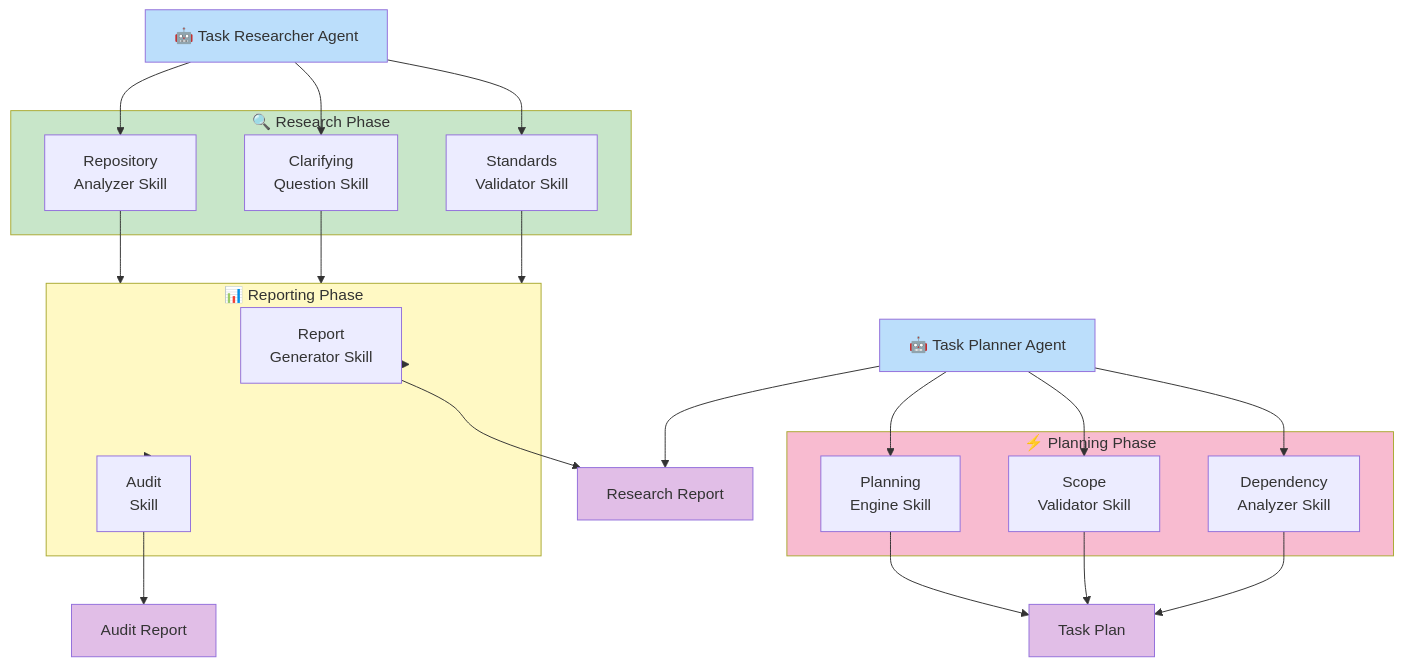
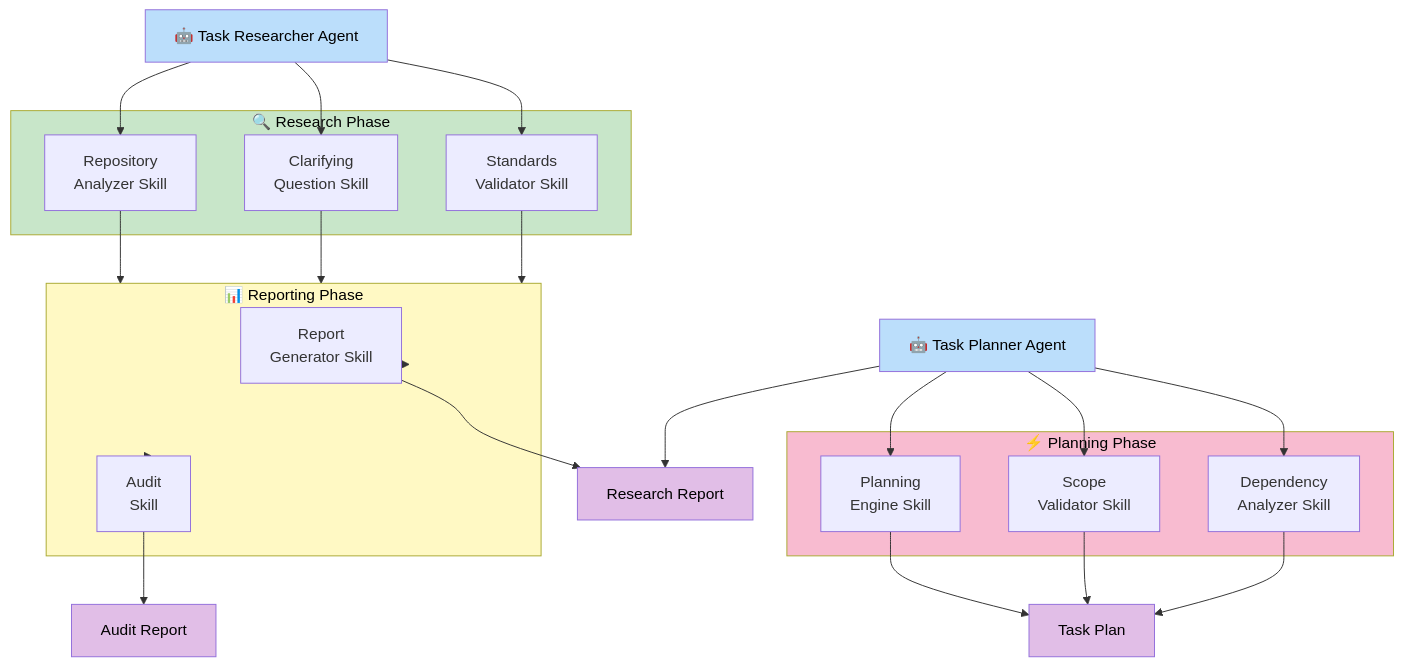
The fifth of 6 diagrams in .github/projects/active/portable-task-planning-agents-2026-08-12/CLARIFYING_QUESTIONS_AND_ANSWERS.md (lightspeedwp/.github), drawn with Mermaid before and after one commit. The commit also changed other lines of this file, not shown here.

First line of the commit message:
fix: Update PR template with required sections and fix Mermaid color contrast

````diff
--- a/.github/projects/active/portable-task-planning-agents-2026-08-12/CLARIFYING_QUESTIONS_AND_ANSWERS.md
+++ b/.github/projects/active/portable-task-planning-agents-2026-08-12/CLARIFYING_QUESTIONS_AND_ANSWERS.md
@@ -669,53 +669,53 @@
 ```mermaid
 graph TD
     Agent["🤖 Task Researcher Agent"]
     
     subgraph Research["🔍 Research Phase"]
         S1["Repository<br/>Analyzer Skill"]
         S2["Clarifying<br/>Question Skill"]
         S3["Standards<br/>Validator Skill"]
     end
     
     subgraph Reporting["📊 Reporting Phase"]
         S4["Report<br/>Generator Skill"]
         S5["Audit<br/>Skill"]
     end
     
     Agent --> S1
     Agent --> S2
     Agent --> S3
     S1 --> Reporting
     S2 --> Reporting
     S3 --> Reporting
     Reporting --> S4
     Reporting --> S5
     
     S4 --> Out1["Research Report"]
     S5 --> Out2["Audit Report"]
     
     Agent2["🤖 Task Planner Agent"]
     
     subgraph Planning["⚡ Planning Phase"]
         P1["Planning<br/>Engine Skill"]
         P2["Scope<br/>Validator Skill"]
         P3["Dependency<br/>Analyzer Skill"]
     end
     
     Agent2 --> Out1
     Agent2 --> P1
     Agent2 --> P2
     Agent2 --> P3
     
     P1 --> Out3["Task Plan"]
     P2 --> Out3
     P3 --> Out3
     
-    style Agent fill:#bbdefb
-    style Agent2 fill:#bbdefb
-    style Research fill:#c8e6c9
-    style Reporting fill:#fff9c4
-    style Planning fill:#f8bbd0
-    style Out1 fill:#e1bee7
-    style Out2 fill:#e1bee7
-    style Out3 fill:#e1bee7
+    style Agent fill:#bbdefb,color:#000
+    style Agent2 fill:#bbdefb,color:#000
+    style Research fill:#c8e6c9,color:#000
+    style Reporting fill:#fff9c4,color:#000
+    style Planning fill:#f8bbd0,color:#000
+    style Out1 fill:#e1bee7,color:#000
+    style Out2 fill:#e1bee7,color:#000
+    style Out3 fill:#e1bee7,color:#000
 ```
````
